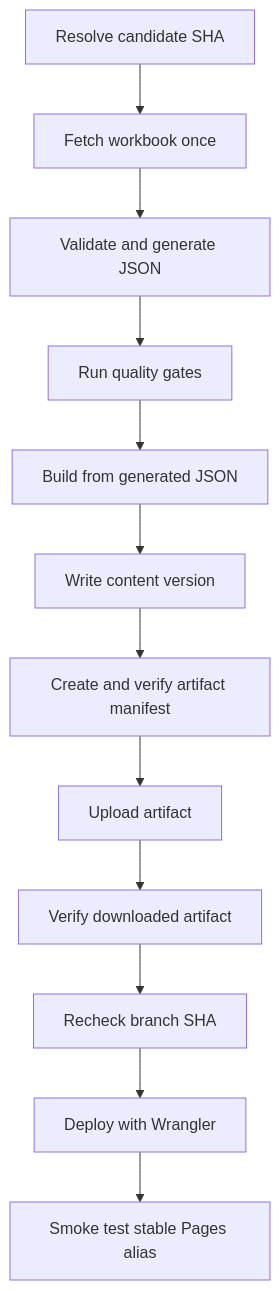
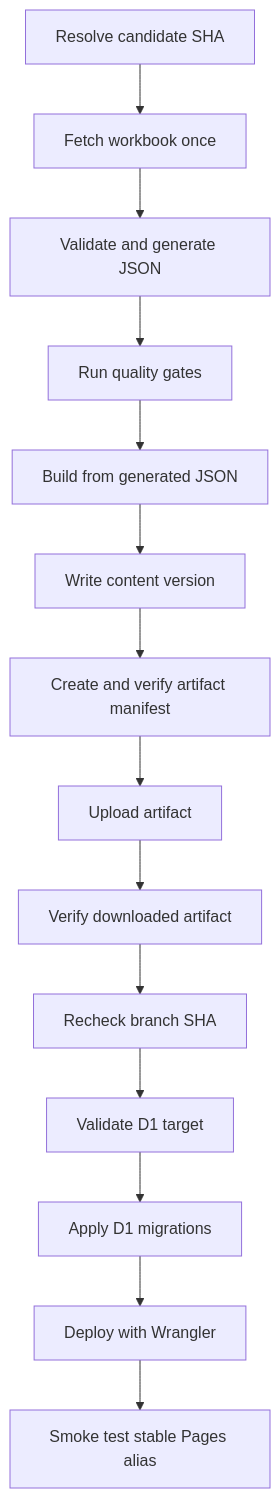
The diagram in docs/DEPLOYMENT.md (nicolasgioanni/Smart-Porfolio), drawn with Mermaid before and after one commit. The commit also changed other lines of this file and 57 other files, not shown here.

````diff
--- a/docs/DEPLOYMENT.md
+++ b/docs/DEPLOYMENT.md
@@ -149,14 +167,16 @@
 ```mermaid
 flowchart TD
     A[Resolve candidate SHA] --> B[Fetch workbook once]
     B --> C[Validate and generate JSON]
     C --> D[Run quality gates]
     D --> E[Build from generated JSON]
     E --> F[Write content version]
     F --> G[Create and verify artifact manifest]
     G --> H[Upload artifact]
     H --> I[Verify downloaded artifact]
     I --> J[Recheck branch SHA]
-    J --> K[Deploy with Wrangler]
-    K --> L[Smoke test stable Pages alias]
+    J --> K[Validate D1 target]
+    K --> L[Apply D1 migrations]
+    L --> M[Deploy with Wrangler]
+    M --> N[Smoke test stable Pages alias]
 ```
````
